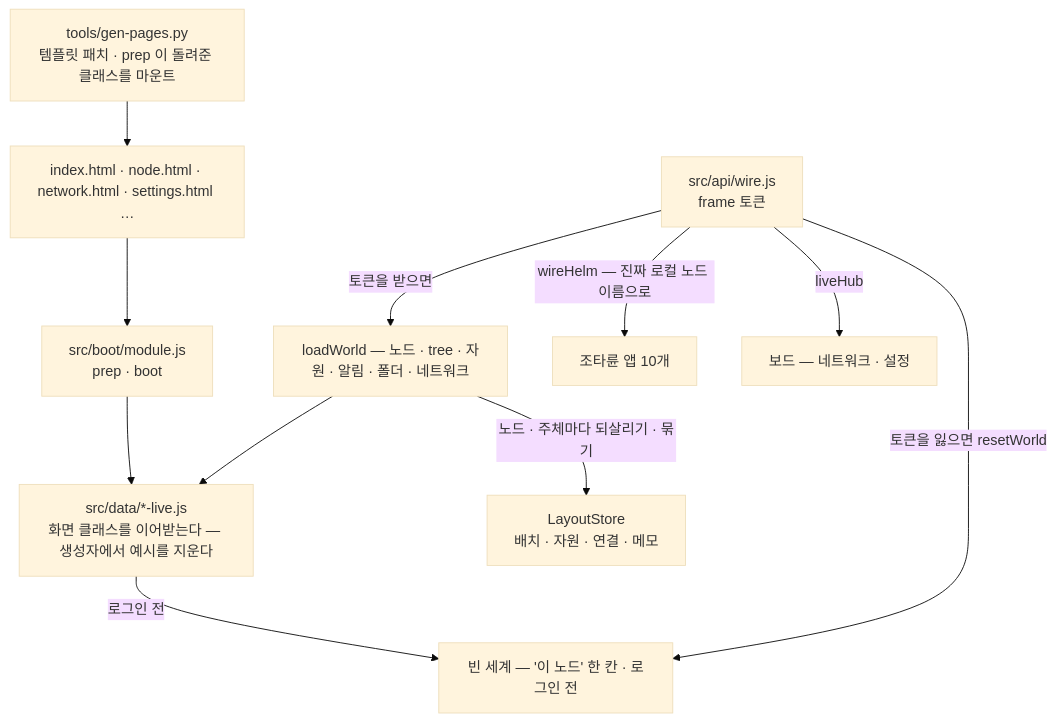
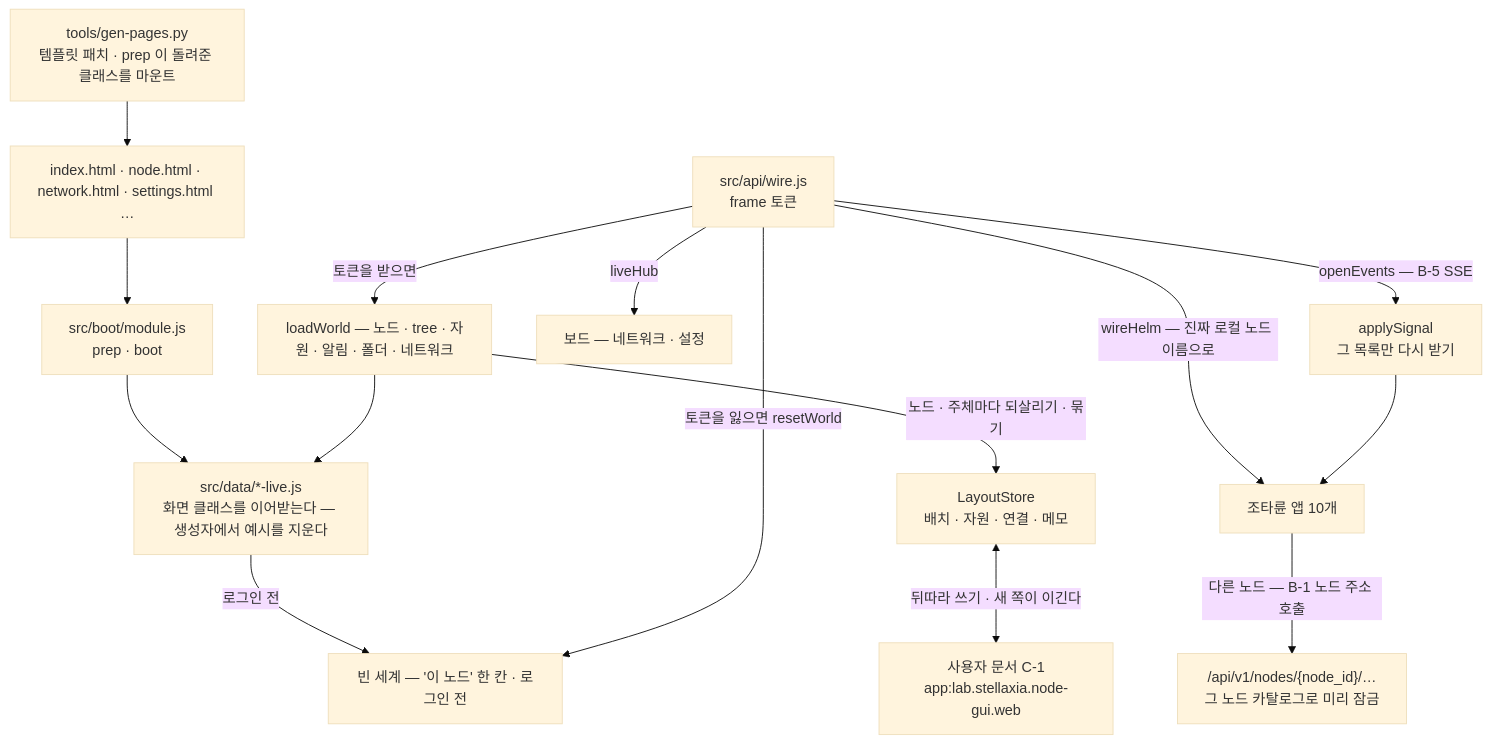
Before and after one commit to StellaxiaLab/modules: the first of 3 diagrams in common/lab.stellaxia.node-gui/web/docs/api/real-data-layer.md, drawn with Mermaid (base theme). The commit also changed other lines of this file and 11 other files, not shown here.

First line of the commit message:
docs(node-gui): 이벤트 · 다른 노드 · 사용자 문서 · 올리기 · 받기 — 실데이터 층 · 구현해야 할 것 다시 쓰기

````diff
--- a/common/lab.stellaxia.node-gui/web/docs/api/real-data-layer.md
+++ b/common/lab.stellaxia.node-gui/web/docs/api/real-data-layer.md
@@ -45,13 +46,17 @@
 ```mermaid
 flowchart TB
   GEN["tools/gen-pages.py<br/>템플릿 패치 · prep 이 돌려준 클래스를 마운트"] --> PAGE["index.html · node.html · network.html · settings.html …"]
   PAGE --> BOOT["src/boot/module.js<br/>prep · boot"]
   BOOT --> REAL["src/data/*-live.js<br/>화면 클래스를 이어받는다 — 생성자에서 예시를 지운다"]
   REAL -->|"로그인 전"| EMPTY["빈 세계 — '이 노드' 한 칸 · 로그인 전"]
   WIRE["src/api/wire.js<br/>frame 토큰"] -->|"토큰을 받으면"| LOAD["loadWorld — 노드 · tree · 자원 · 알림 · 폴더 · 네트워크"]
   LOAD --> REAL
   WIRE -->|"wireHelm — 진짜 로컬 노드 이름으로"| HELM["조타륜 앱 10개"]
   WIRE -->|"liveHub"| BOARD["보드 — 네트워크 · 설정"]
   WIRE -->|"토큰을 잃으면 resetWorld"| EMPTY
   LOAD -->|"노드 · 주체마다 되살리기 · 묶기"| LS["LayoutStore<br/>배치 · 자원 · 연결 · 메모"]
+  LS <-->|"뒤따라 쓰기 · 새 쪽이 이긴다"| DOC["사용자 문서 C-1<br/>app:lab.stellaxia.node-gui.web"]
+  WIRE -->|"openEvents — B-5 SSE"| SIG["applySignal<br/>그 목록만 다시 받기"]
+  SIG --> HELM
+  HELM -->|"다른 노드 — B-1 노드 주소 호출"| RELAY["/api/v1/nodes/{node_id}/…<br/>그 노드 카탈로그로 미리 잠금"]
 ```
````
